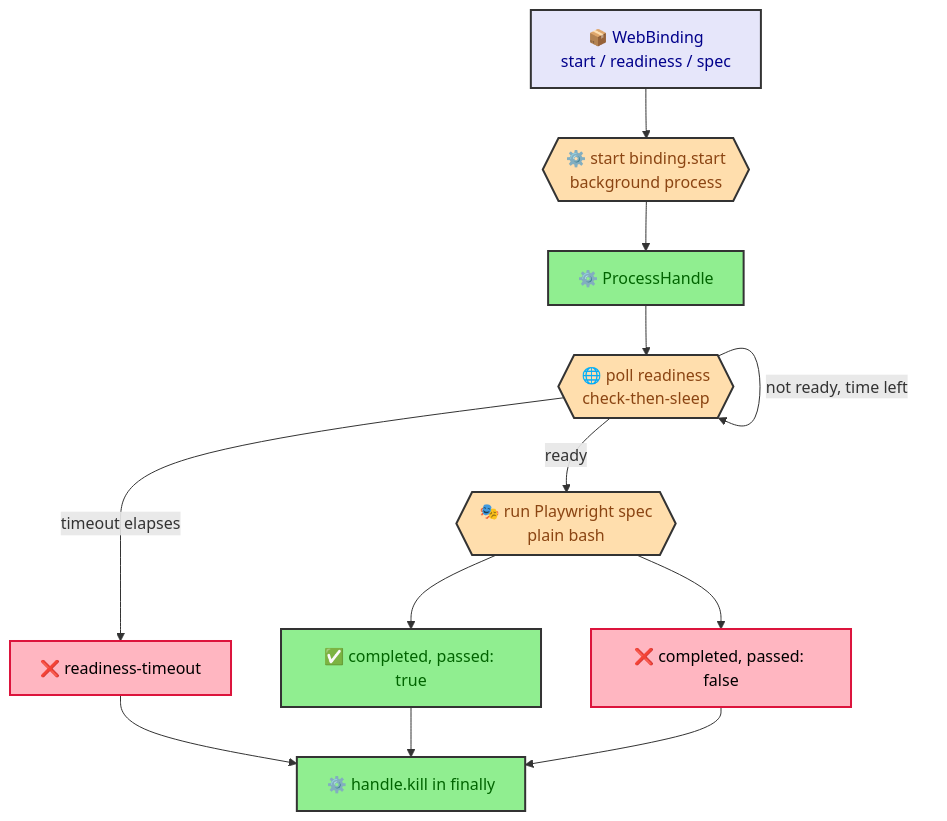
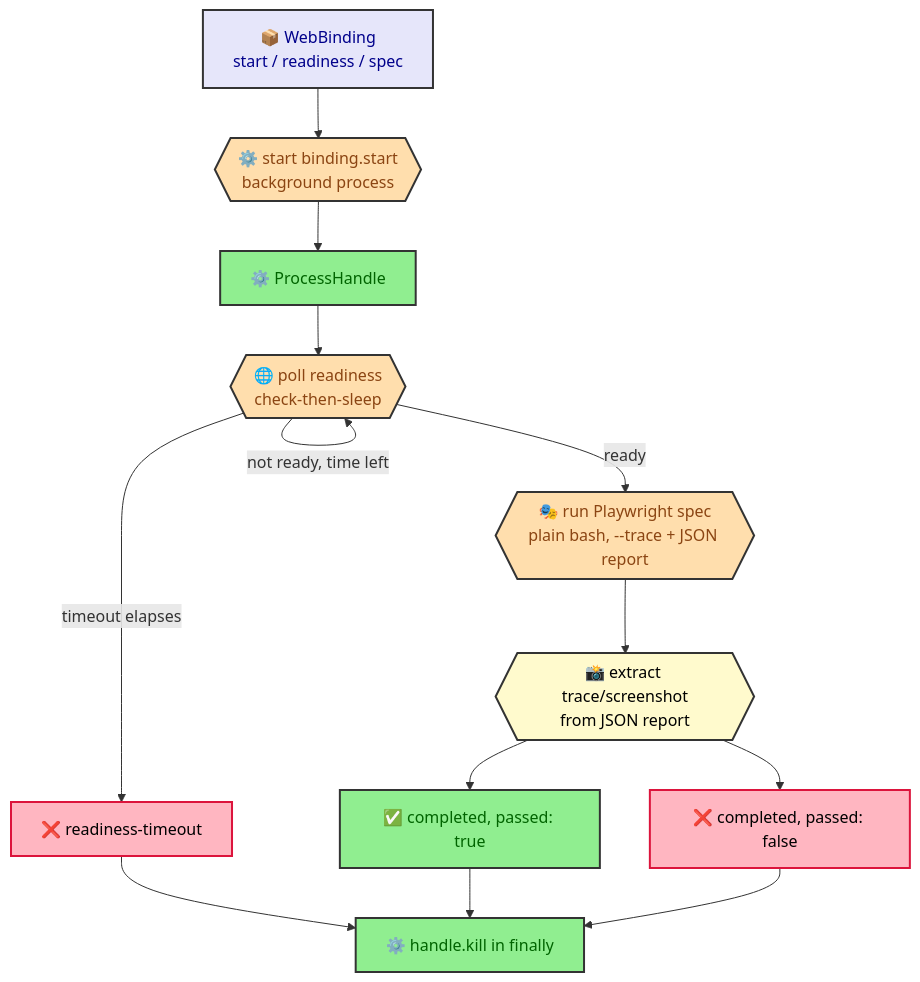
One commit to joctaTorres/ratchet changed the diagram in docs/eval-web-lifecycle.md. Above: the diagram before and after it, drawn with Mermaid. The commit also changed other lines of this file and 17 other files, not shown here.

First line of the commit message:
feat(eval): capture Playwright failure artifacts as run evidence

````diff
--- a/docs/eval-web-lifecycle.md
+++ b/docs/eval-web-lifecycle.md
@@ -24,32 +24,35 @@
 ```mermaid
 flowchart TD
     BIND[📦 WebBinding<br/>start / readiness / spec]
     START{{⚙️ start binding.start<br/>background process}}
     BIND --> START
     START --> HANDLE[⚙️ ProcessHandle]
 
     POLL{{🌐 poll readiness<br/>check-then-sleep}}
     HANDLE --> POLL
     POLL -->|not ready, time left| POLL
     POLL -->|timeout elapses| TIMEOUT[❌ readiness-timeout]
-    POLL -->|ready| RUN{{🎭 run Playwright spec<br/>plain bash}}
+    POLL -->|ready| RUN{{🎭 run Playwright spec<br/>plain bash, --trace + JSON report}}
 
-    RUN --> PASS[✅ completed, passed: true]
-    RUN --> FAIL[❌ completed, passed: false]
+    RUN --> ARTIFACTS{{📸 extract trace/screenshot<br/>from JSON report}}
+    ARTIFACTS --> PASS[✅ completed, passed: true]
+    ARTIFACTS --> FAIL[❌ completed, passed: false]
 
     TIMEOUT --> KILL[⚙️ handle.kill in finally]
     PASS --> KILL
     FAIL --> KILL
 
-    classDef input   fill:#E6E6FA,stroke:#333,stroke-width:2px,color:darkblue
-    classDef step    fill:#FFDEAD,stroke:#333,stroke-width:2px,color:saddlebrown
-    classDef proc    fill:#90EE90,stroke:#333,stroke-width:2px,color:darkgreen
-    classDef success fill:#90EE90,stroke:#333,stroke-width:2px,color:darkgreen
-    classDef error   fill:#FFB6C1,stroke:#DC143C,stroke-width:2px,color:black
+    classDef input    fill:#E6E6FA,stroke:#333,stroke-width:2px,color:darkblue
+    classDef step     fill:#FFDEAD,stroke:#333,stroke-width:2px,color:saddlebrown
+    classDef proc     fill:#90EE90,stroke:#333,stroke-width:2px,color:darkgreen
+    classDef success  fill:#90EE90,stroke:#333,stroke-width:2px,color:darkgreen
+    classDef error    fill:#FFB6C1,stroke:#DC143C,stroke-width:2px,color:black
+    classDef artifact fill:#FFFACD,stroke:#333,stroke-width:2px,color:black
 
     class BIND input
     class START,POLL,RUN step
     class HANDLE,KILL proc
     class PASS success
     class TIMEOUT,FAIL error
+    class ARTIFACTS artifact
 ```
````
